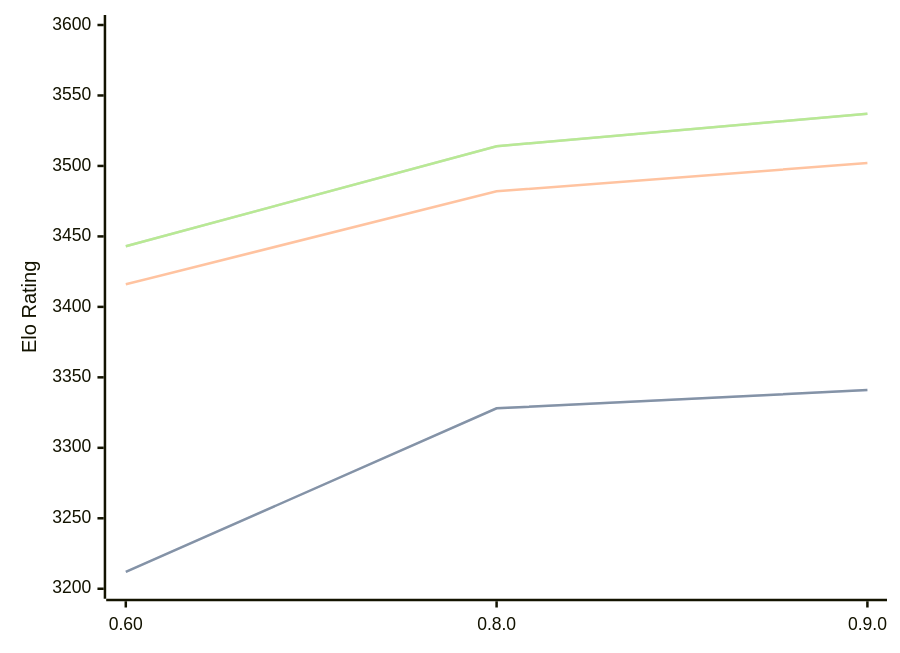
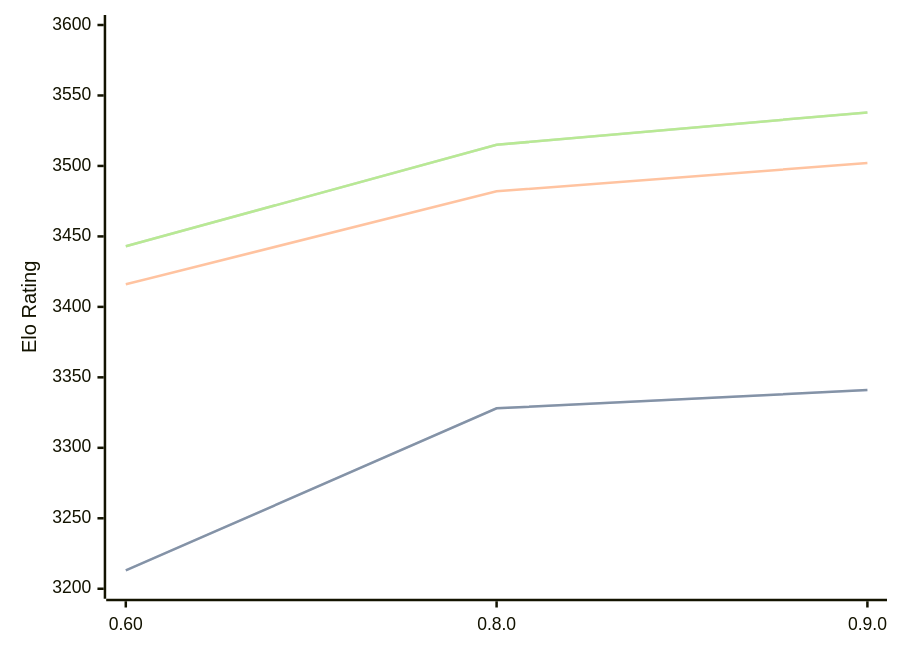
Before and after one commit to computer-chess-index/cci: the diagram in engines/Motor.md, drawn with Mermaid. The commit also changed other lines of this file, not shown here.

Commit message:
Update CCI Ratings (ELO VLTC) - 2026-09-10

````diff
--- a/engines/Motor.md
+++ b/engines/Motor.md
@@ -33,11 +33,11 @@
 ```mermaid
 %%{init: {"theme":"base","themeVariables":{"seriesColors:['#a3a3a3','#222221','#faa371']}}}%%
 xychart-beta
   x-axis ["0.60", "0.8.0", "0.9.0"]
   y-axis "Elo Rating" 3200 --> 3600
-  line "" [3212, 3328, 3341]
-  line "STC (8.0+0.08s)" [3212, 3328, 3341]
+  line "" [3213, 3328, 3341]
+  line "STC (8.0+0.08s)" [3213, 3328, 3341]
   line "LTC (60.0+0.60s)" [3416, 3482, 3502]
-  line "" [3443, 3514, 3537]
-  line "VLTC (2m24s+1.12s)" [3443, 3514, 3537]
+  line "" [3443, 3515, 3538]
+  line "VLTC (2m24s+1.12s)" [3443, 3515, 3538]
 ```
````
